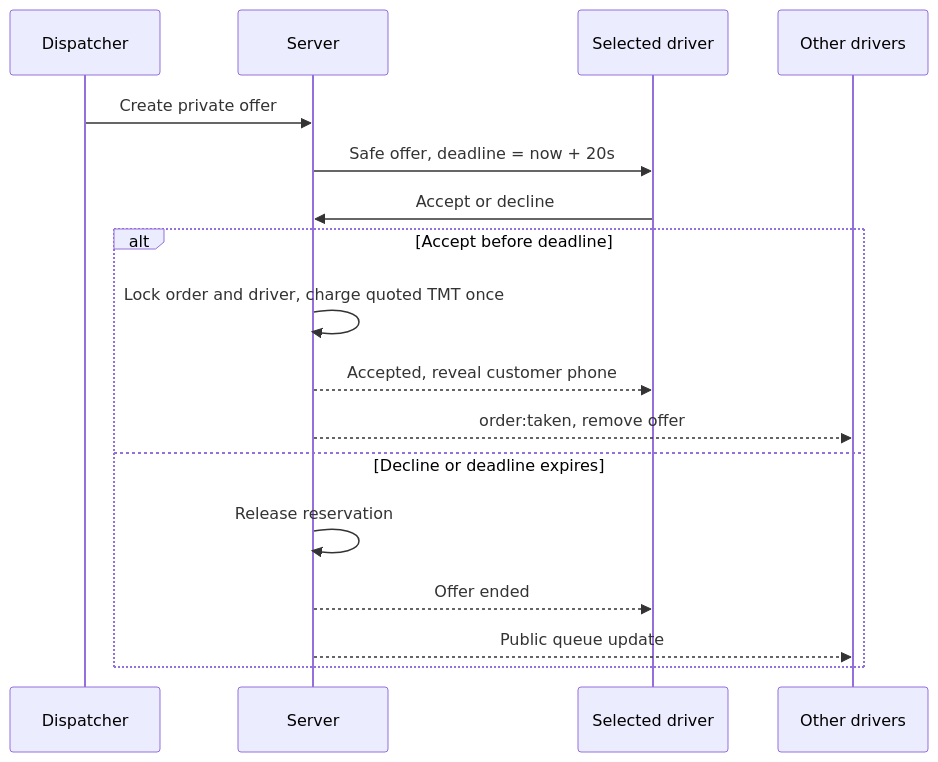
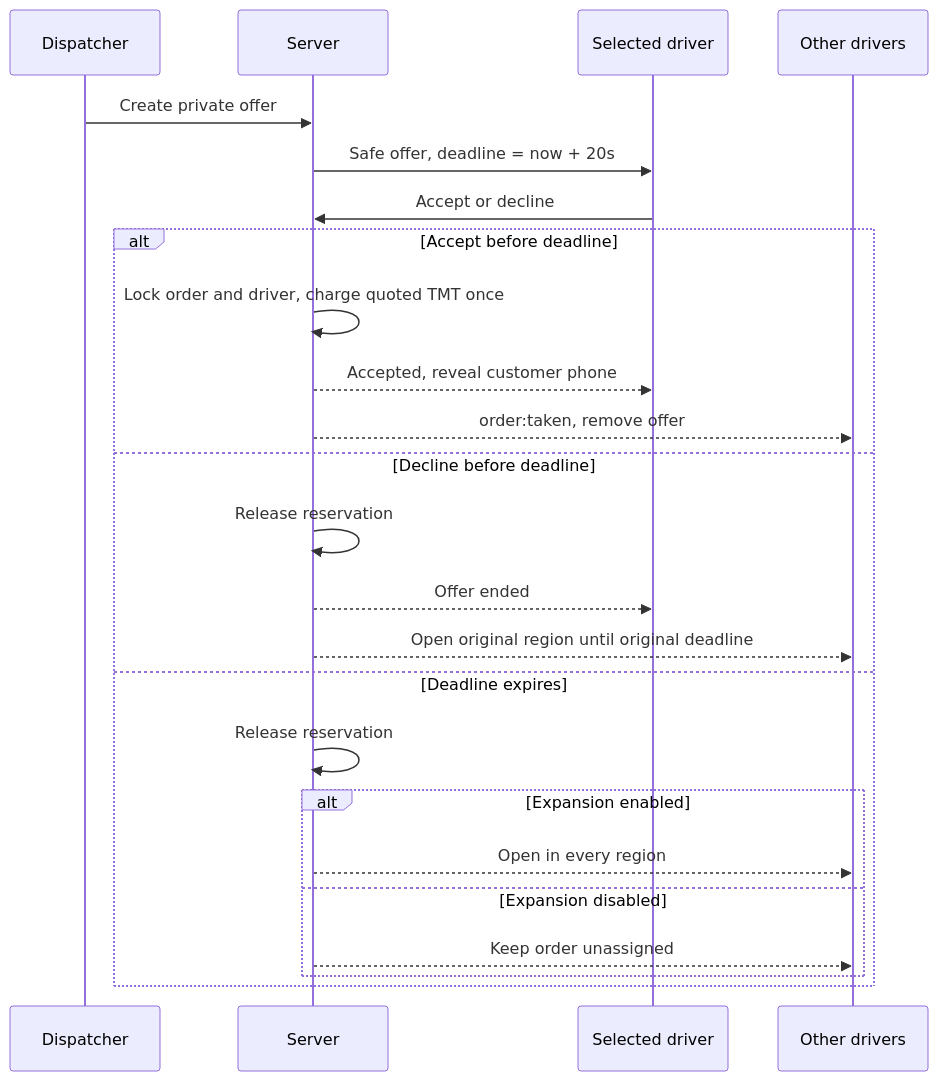
The third of 7 diagrams in docs/guide/flows.en.md (bagtyyarkovusov/tayyn-hyzmat-project), drawn with Mermaid before and after one commit. The commit also changed other lines of this file and 13 other files, not shown here.

````diff
--- a/docs/guide/flows.en.md
+++ b/docs/guide/flows.en.md
@@ -46,20 +46,27 @@
 ```mermaid
 sequenceDiagram
   participant D as Dispatcher
   participant S as Server
   participant V as Selected driver
   participant O as Other drivers
 
   D->>S: Create private offer
   S->>V: Safe offer, deadline = now + 20s
   V->>S: Accept or decline
   alt Accept before deadline
     S->>S: Lock order and driver, charge quoted TMT once
     S-->>V: Accepted, reveal customer phone
     S-->>O: order:taken, remove offer
-  else Decline or deadline expires
+  else Decline before deadline
     S->>S: Release reservation
     S-->>V: Offer ended
-    S-->>O: Public queue update
+    S-->>O: Open original region until original deadline
+  else Deadline expires
+    S->>S: Release reservation
+    alt Expansion enabled
+      S-->>O: Open in every region
+    else Expansion disabled
+      S-->>O: Keep order unassigned
+    end
   end
 ```
````
